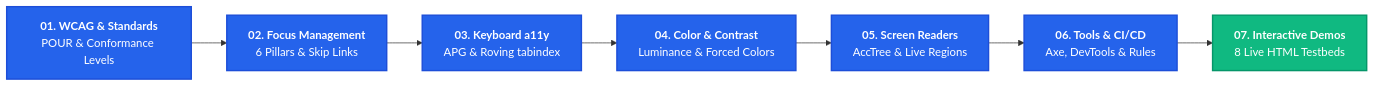
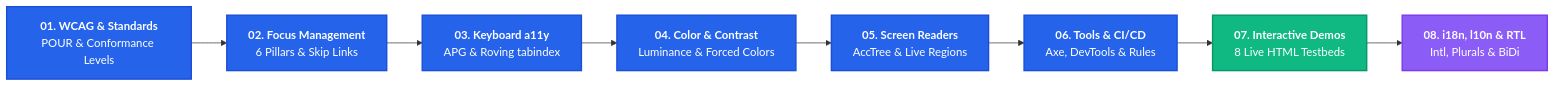
One commit to kumaratul60/System-Design changed the first of 10 diagrams in Accessibility/README.md. Above: the diagram before and after it, drawn with Mermaid. The commit also changed other lines of this file and 11 other files, not shown here.

First line of the commit message:
Add master architectural reference for Web Accessibility (a11y), Internationalization (i18n), and Localization (l10n)

````diff
--- a/Accessibility/README.md
+++ b/Accessibility/README.md
@@ -11,14 +11,17 @@
 ```mermaid
 flowchart LR
     M1["<b>01. WCAG & Standards</b><br/>POUR & Conformance Levels"] --> M2["<b>02. Focus Management</b><br/>6 Pillars & Skip Links"]
     M2 --> M3["<b>03. Keyboard a11y</b><br/>APG & Roving tabindex"]
     M3 --> M4["<b>04. Color & Contrast</b><br/>Luminance & Forced Colors"]
     M4 --> M5["<b>05. Screen Readers</b><br/>AccTree & Live Regions"]
     M5 --> M6["<b>06. Tools & CI/CD</b><br/>Axe, DevTools & Rules"]
     M6 --> M7["<b>07. Interactive Demos</b><br/>8 Live HTML Testbeds"]
+    M7 --> M8["<b>08. i18n, l10n & RTL</b><br/>Intl, Plurals & BiDi"]
 
     classDef active fill:#2563eb,stroke:#1d4ed8,color:#ffffff,stroke-width:2px;
     classDef demo fill:#10b981,stroke:#059669,color:#ffffff,stroke-width:2px;
+    classDef i18n fill:#8b5cf6,stroke:#7c3aed,color:#ffffff,stroke-width:2px;
     class M1,M2,M3,M4,M5,M6 active;
     class M7 demo;
+    class M8 i18n;
 ```
````
